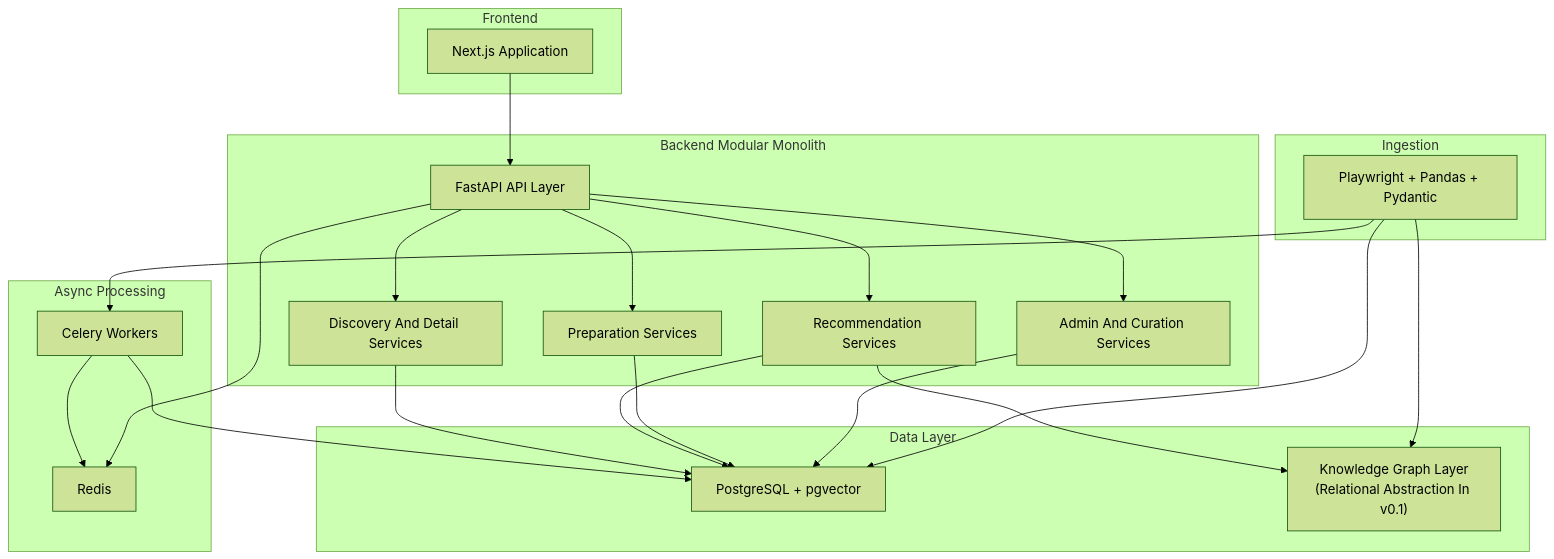
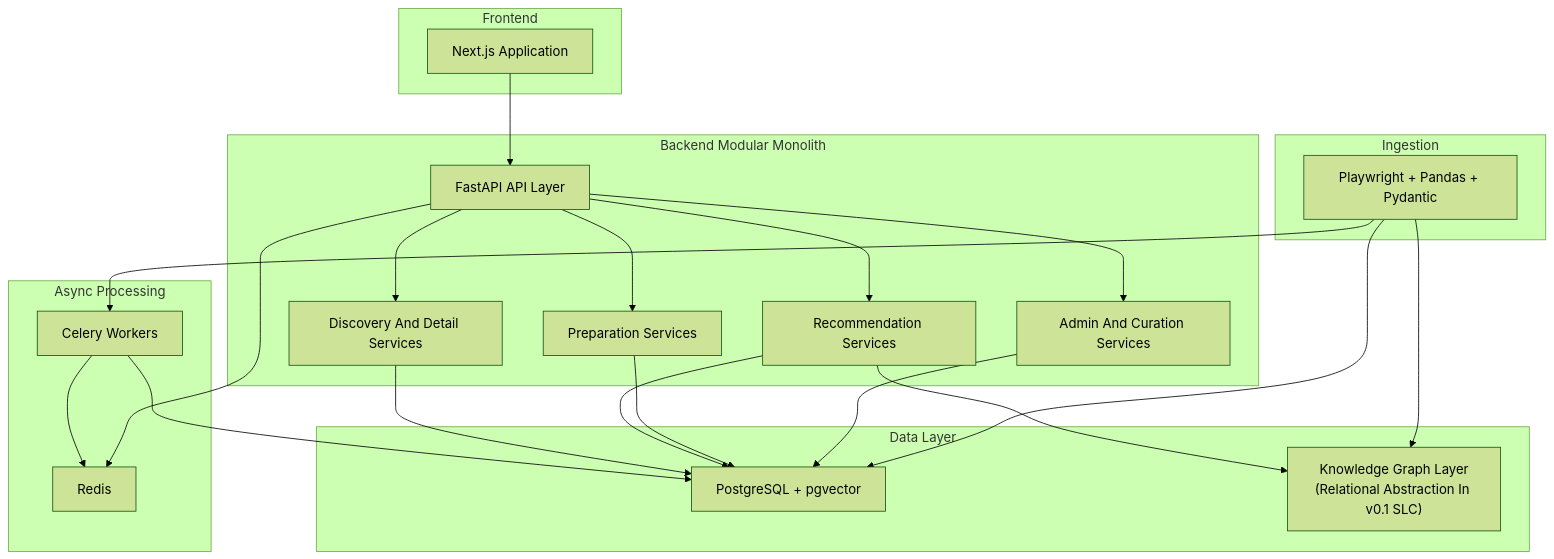
The first of 3 diagrams in docs/scholarai/05_system_architecture.md (HaiderNaqvi-5/scholarai-platform), drawn with Mermaid (forest theme) before and after one commit. The commit also changed other lines of this file and 46 other files, not shown here.

````diff
--- a/docs/scholarai/05_system_architecture.md
+++ b/docs/scholarai/05_system_architecture.md
@@ -25,45 +25,45 @@
 ```mermaid
 graph TB
     subgraph FE["Frontend"]
         WEB["Next.js Application"]
     end
 
     subgraph BE["Backend Modular Monolith"]
         API["FastAPI API Layer"]
         DISC["Discovery And Detail Services"]
         REC["Recommendation Services"]
         PREP["Preparation Services"]
         ADMIN["Admin And Curation Services"]
     end
 
     subgraph JOBS["Async Processing"]
         CEL["Celery Workers"]
         REDIS["Redis"]
     end
 
     subgraph DATA["Data Layer"]
         PG["PostgreSQL + pgvector"]
-        KG["Knowledge Graph Layer\n(Relational Abstraction In v0.1)"]
+        KG["Knowledge Graph Layer\n(Relational Abstraction In v0.1 SLC)"]
     end
 
     subgraph ING["Ingestion"]
         SCRAPE["Playwright + Pandas + Pydantic"]
     end
 
     WEB --> API
     API --> DISC
     API --> REC
     API --> PREP
     API --> ADMIN
     DISC --> PG
     REC --> PG
     REC --> KG
     PREP --> PG
     ADMIN --> PG
     CEL --> REDIS
     API --> REDIS
     CEL --> PG
     SCRAPE --> CEL
     SCRAPE --> PG
     SCRAPE --> KG
 ```
````
